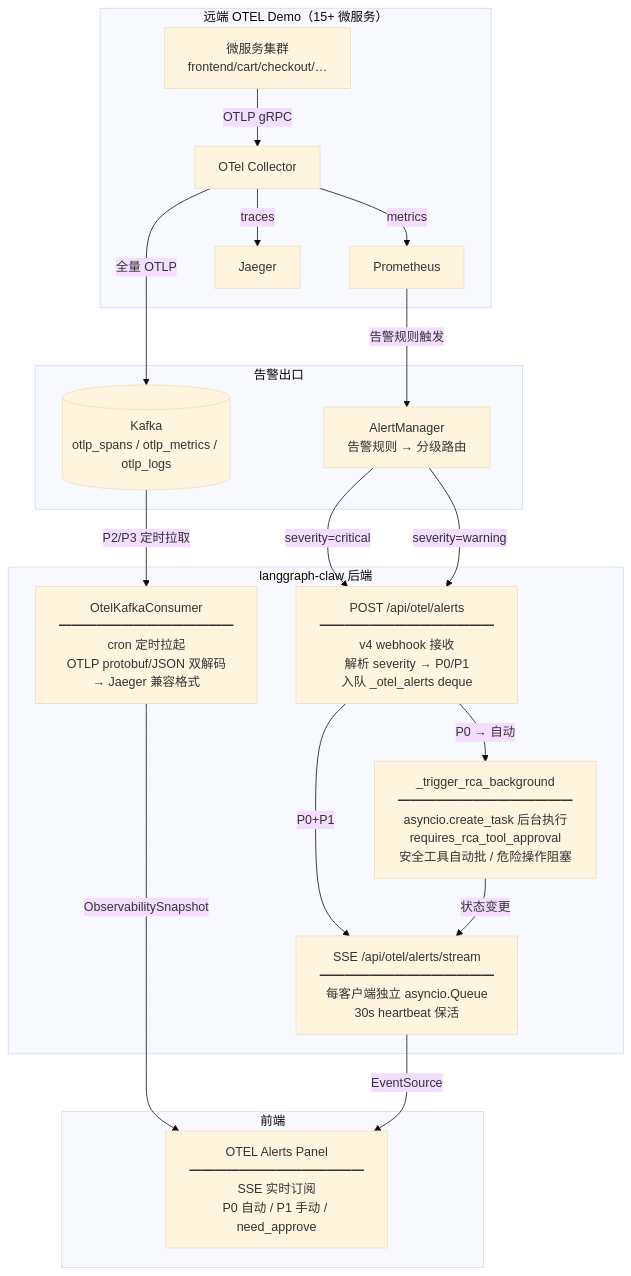
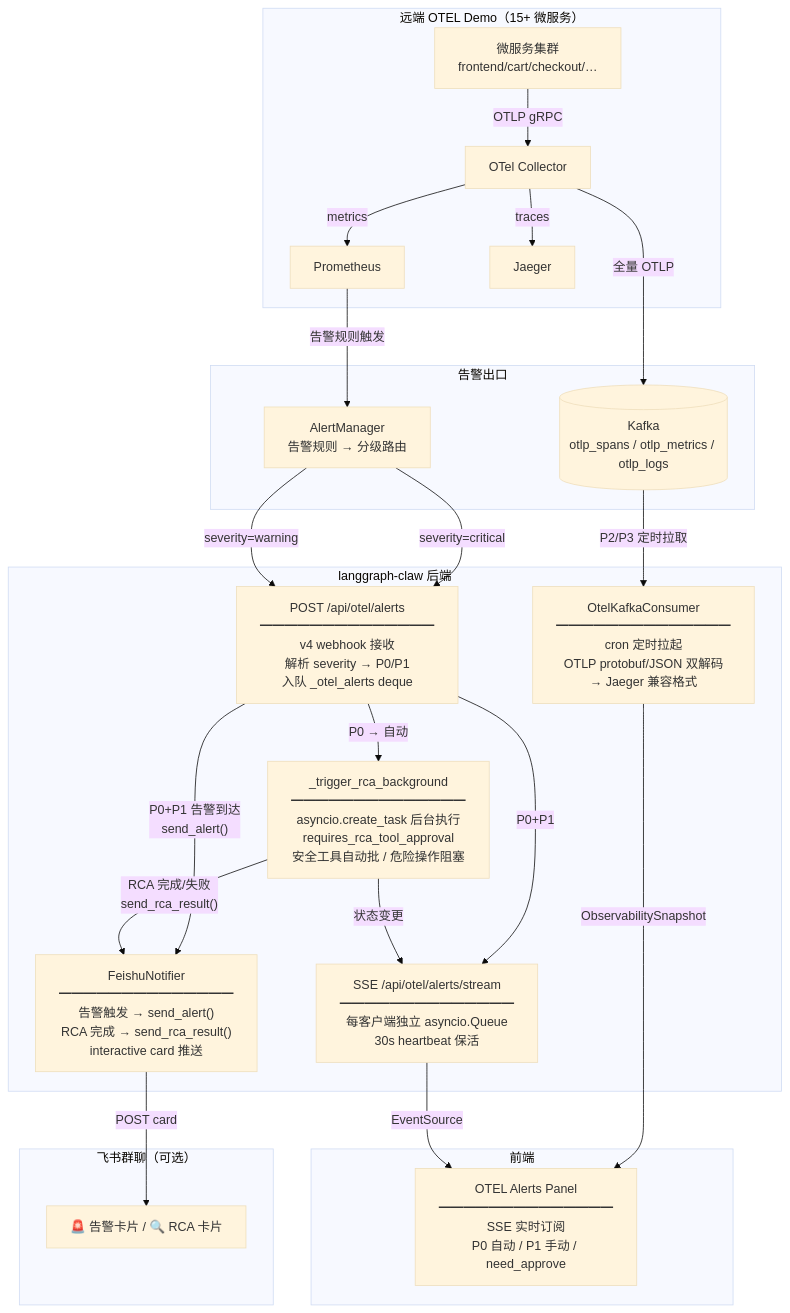
The second of 5 diagrams in README.md (YachuanWzh/huamulan-agent), drawn with Mermaid (base theme) before and after one commit. The commit also changed other lines of this file and 31 other files, not shown here.

````diff
--- a/README.md
+++ b/README.md
@@ -238,42 +239,50 @@
 ```mermaid
 flowchart TB
     subgraph 远端["远端 OTEL Demo（15+ 微服务）"]
         SVC[微服务集群<br/>frontend/cart/checkout/…]
         OTELCOL[OTel Collector]
         PROM[Prometheus]
         JAEGER[Jaeger]
     end
 
     subgraph 告警["告警出口"]
         AM[AlertManager<br/>告警规则 → 分级路由]
         KAFKA[(Kafka<br/>otlp_spans / otlp_metrics / otlp_logs)]
     end
 
     subgraph 后端["langgraph-claw 后端"]
         WEBHOOK["POST /api/otel/alerts<br/>━━━━━━━━━━━━━━<br/>v4 webhook 接收<br/>解析 severity → P0/P1<br/>入队 _otel_alerts deque"]
         SSE["SSE /api/otel/alerts/stream<br/>━━━━━━━━━━━━━━<br/>每客户端独立 asyncio.Queue<br/>30s heartbeat 保活"]
         RCA["_trigger_rca_background<br/>━━━━━━━━━━━━━━<br/>asyncio.create_task 后台执行<br/>requires_rca_tool_approval<br/>安全工具自动批 / 危险操作阻塞"]
         CONSUMER["OtelKafkaConsumer<br/>━━━━━━━━━━━━━━<br/>cron 定时拉起<br/>OTLP protobuf/JSON 双解码<br/>→ Jaeger 兼容格式"]
+        FEISHU["FeishuNotifier<br/>━━━━━━━━━━━━━━<br/>告警触发 → send_alert()<br/>RCA 完成 → send_rca_result()<br/>interactive card 推送"]
     end
 
     subgraph 前端["前端"]
         PANEL["OTEL Alerts Panel<br/>━━━━━━━━━━━━━━<br/>SSE 实时订阅<br/>P0 自动 / P1 手动 / need_approve"]
+    end
+
+    subgraph 飞书["飞书群聊（可选）"]
+        FS_CARD["🚨 告警卡片 / 🔍 RCA 卡片"]
     end
 
     SVC -->|OTLP gRPC| OTELCOL
     OTELCOL -->|traces| JAEGER
     OTELCOL -->|metrics| PROM
     OTELCOL -->|全量 OTLP| KAFKA
     PROM -->|告警规则触发| AM
 
     AM -->|"severity=critical"| WEBHOOK
     AM -->|"severity=warning"| WEBHOOK
     WEBHOOK -->|"P0 → 自动"| RCA
     WEBHOOK -->|"P0+P1"| SSE
+    WEBHOOK -->|"P0+P1 告警到达<br/>send_alert()"| FEISHU
 
     KAFKA -->|"P2/P3 定时拉取"| CONSUMER
     CONSUMER -->|ObservabilitySnapshot| PANEL
 
     RCA -->|"状态变更"| SSE
+    RCA -->|"RCA 完成/失败<br/>send_rca_result()"| FEISHU
+    FEISHU -->|"POST card"| FS_CARD
     SSE -->|"EventSource"| PANEL
 ```
````
